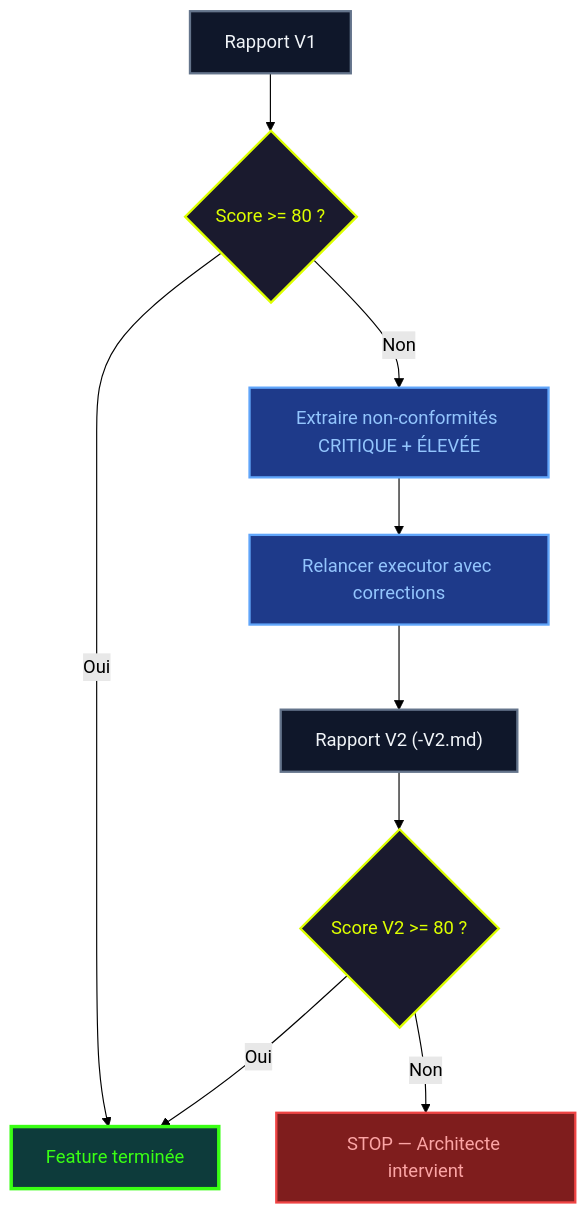
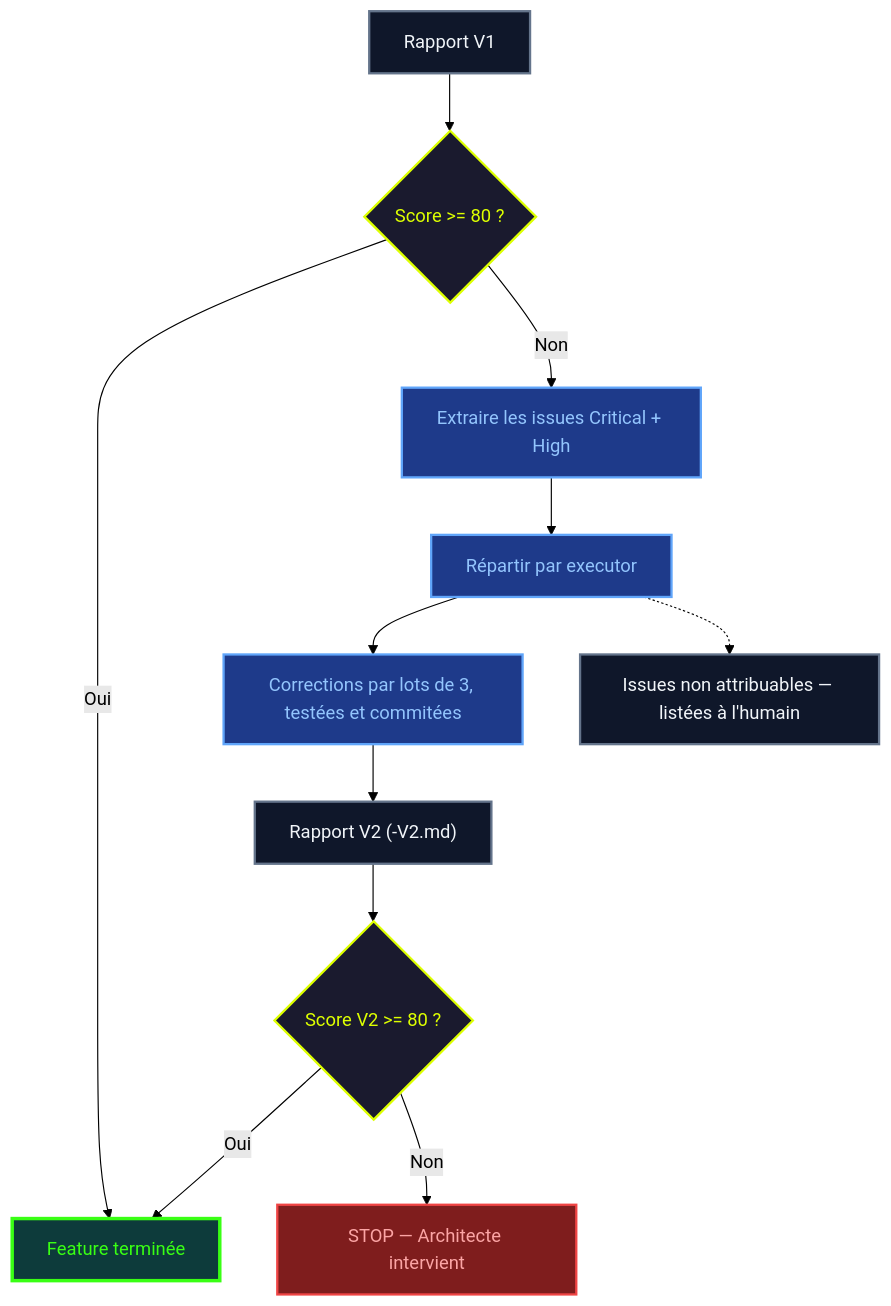
One commit to fondative/claude-code-ecosystem changed diagram 13 of 15 in docs/guide/methodology.md. Above: the diagram before and after it, drawn with Mermaid (forest theme). The commit also changed other lines of this file and 395 other files, not shown here.

````diff
--- a/docs/guide/methodology.md
+++ b/docs/guide/methodology.md
@@ -557,32 +705,36 @@
 ```mermaid
 graph TB
     R["Rapport V1"]
     CHECK{"Score >= 80 ?"}
     OK["Feature terminée"]
-    FIX["Extraire non-conformités CRITIQUE + ÉLEVÉE"]
-    EXEC["Relancer executor avec corrections"]
+    FIX["Extraire les issues Critical + High"]
+    SPLIT["Répartir par executor"]
+    HUM["Issues non attribuables — listées à l'humain"]
+    EXEC["Corrections par lots de 3, testées et commitées"]
     R2["Rapport V2 (-V2.md)"]
     CHECK2{"Score V2 >= 80 ?"}
     STOP["STOP — Architecte intervient"]
 
     R --> CHECK
     CHECK -->|Oui| OK
     CHECK -->|Non| FIX
-    FIX --> EXEC
+    FIX --> SPLIT
+    SPLIT --> EXEC
+    SPLIT -.-> HUM
     EXEC --> R2
     R2 --> CHECK2
     CHECK2 -->|Oui| OK
     CHECK2 -->|Non| STOP
 
     classDef input fill:#0f172a,stroke:#64748b,stroke-width:2px,color:#f1f5f9
     classDef check fill:#1a1a2e,stroke:#ddff00,stroke-width:2px,color:#ddff00
     classDef ok fill:#0d3b3b,stroke:#39ff14,stroke-width:3px,color:#39ff14
     classDef fix fill:#1e3a8a,stroke:#60a5fa,stroke-width:2px,color:#93c5fd
     classDef stop fill:#7f1d1d,stroke:#ef4444,stroke-width:2px,color:#fca5a5
 
-    class R,R2 input
+    class R,R2,HUM input
     class CHECK,CHECK2 check
     class OK ok
-    class FIX,EXEC fix
+    class FIX,SPLIT,EXEC fix
     class STOP stop
 ```
````
